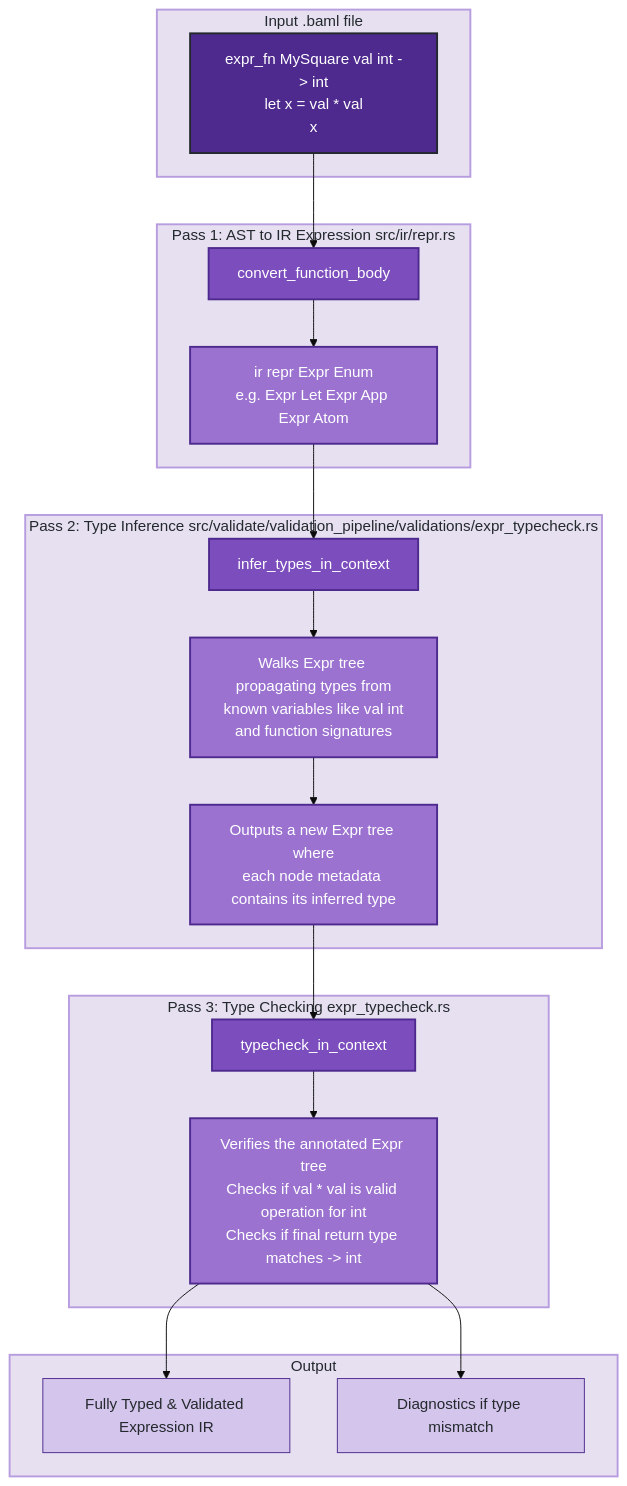
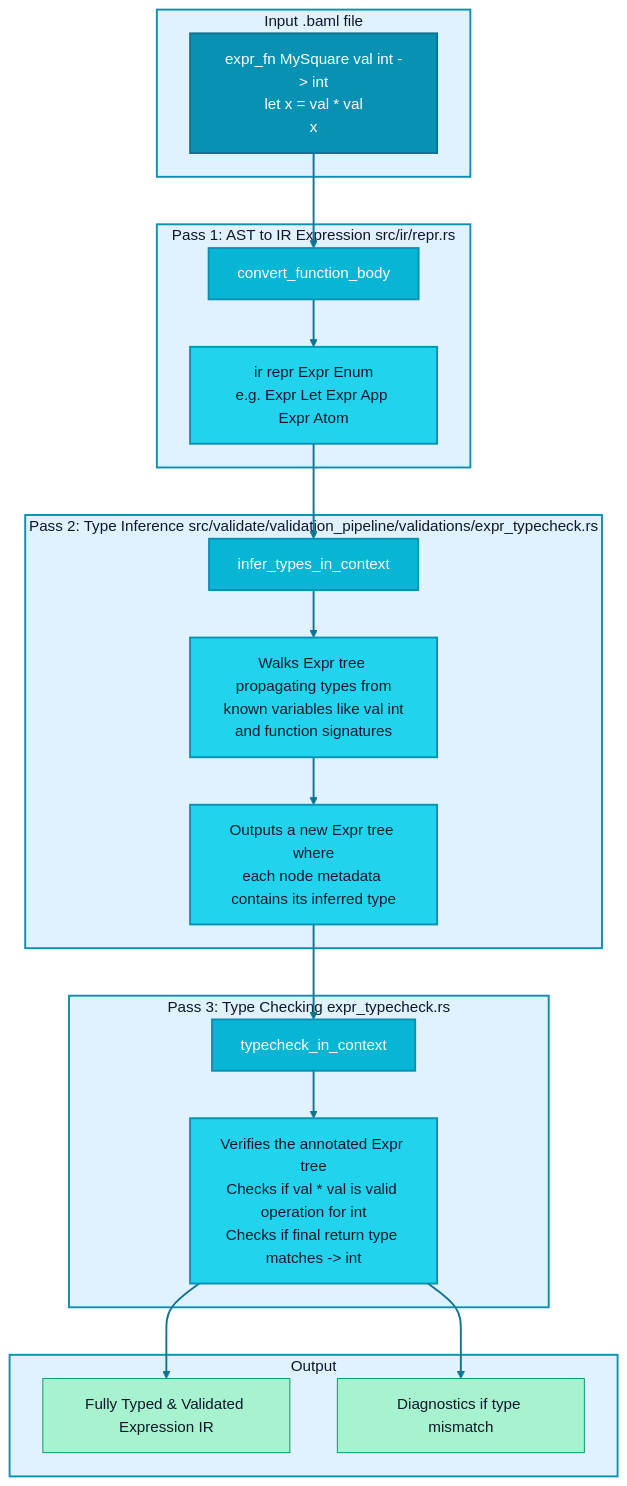
One commit to nshkrdotcom/ds_ex changed the seventh of 8 diagrams in baml_internals.md. Above: the diagram before and after it, drawn with Mermaid (base theme). The commit also changed other lines of this file and 31 other files, not shown here.

````diff
--- a/baml_internals.md
+++ b/baml_internals.md
@@ -426,52 +461,55 @@
 ```mermaid
 graph TD
     subgraph InputExpr["Input .baml file"]
         A[expr_fn MySquare val int -> int<br/>let x = val * val<br/>x]
     end
 
     subgraph Pass1["Pass 1: AST to IR Expression src/ir/repr.rs"]
         B[convert_function_body]
         C[ir repr Expr Enum<br/>e.g. Expr Let Expr App Expr Atom]
     end
 
     subgraph Pass2["Pass 2: Type Inference src/validate/validation_pipeline/validations/expr_typecheck.rs"]
         D[infer_types_in_context]
         E[Walks Expr tree propagating types from<br/>known variables like val int<br/>and function signatures]
         F[Outputs a new Expr tree where<br/>each node metadata contains its inferred type]
     end
 
     subgraph Pass3["Pass 3: Type Checking expr_typecheck.rs"]
         G[typecheck_in_context]
         H[Verifies the annotated Expr tree<br/>Checks if val * val is valid operation for int<br/>Checks if final return type matches -> int]
     end
 
     subgraph OutputExpr["Output"]
         I[Fully Typed & Validated Expression IR]
         J[Diagnostics if type mismatch]
     end
 
     A --> B
     B --> C
     C --> D
     D --> E
     E --> F
     F --> G
     G --> H
     H --> I
     H --> J
 
-    %% Elixir-inspired styling
-    classDef setupPhase fill:#4e2a8e,stroke:#24292e,stroke-width:2px,color:#fff
-    classDef concurrentEngine fill:#7c4dbd,stroke:#4e2a8e,stroke-width:2px,color:#fff
-    classDef taskNode fill:#9b72d0,stroke:#4e2a8e,stroke-width:2px,color:#fff
-    classDef processNode fill:#b89ce0,stroke:#4e2a8e,stroke-width:2px,color:#24292e
-    classDef resultNode fill:#d4c5ec,stroke:#4e2a8e,stroke-width:1px,color:#24292e
-    classDef aggregationPhase fill:#f5f5f5,stroke:#666,stroke-width:2px,color:#24292e
-    classDef subgraphTitleTop fill:#e6e0f0,stroke:#b89ce0,stroke-width:2px,color:#24292e
+    %% BAML-inspired styling
+    classDef setupPhase fill:#0891b2,stroke:#0e7490,stroke-width:2px,color:#fff
+    classDef concurrentEngine fill:#06b6d4,stroke:#0891b2,stroke-width:2px,color:#fff
+    classDef taskNode fill:#22d3ee,stroke:#0891b2,stroke-width:2px,color:#0f172a
+    classDef processNode fill:#67e8f9,stroke:#0891b2,stroke-width:2px,color:#0f172a
+    classDef resultNode fill:#a7f3d0,stroke:#059669,stroke-width:1px,color:#0f172a
+    classDef aggregationPhase fill:#f3f4f6,stroke:#6b7280,stroke-width:2px,color:#374151
+    classDef subgraphTitleTop fill:#e0f2fe,stroke:#0891b2,stroke-width:2px,color:#0f172a
 
     class A setupPhase
     class B,D,G concurrentEngine
     class C,E,F,H taskNode
     class I,J resultNode
     class InputExpr,Pass1,Pass2,Pass3,OutputExpr subgraphTitleTop
+
+    %% BAML brand styling for arrows
+    linkStyle default stroke:#0e7490,stroke-width:2px
 ```
````
